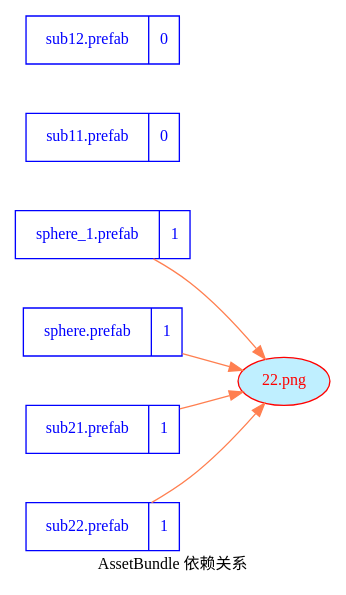
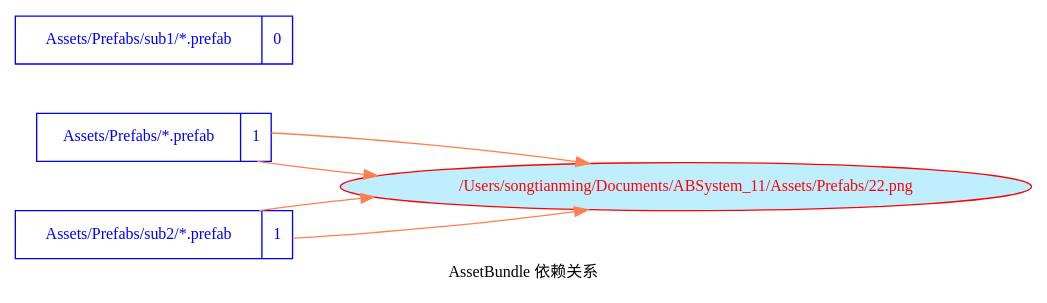
The diagram in Assets/StreamingAssets/AssetBundles/00dep.dot (songtm/ABSystem), drawn with Graphviz before and after one commit. The commit also changed 6 other files, not shown here.

```diff
--- a/Assets/StreamingAssets/AssetBundles/00dep.dot
+++ b/Assets/StreamingAssets/AssetBundles/00dep.dot
@@ -1,27 +1,27 @@
 digraph dep {
     fontname = "Microsoft YaHei";
     label = "AssetBundle 依赖关系"
     nodesep=0.5
     rankdir = "LR"
     fontsize = 12;
     node [ fontname = "Microsoft YaHei", fontsize = 12, shape = "record" color="skyblue"];
     edge [ fontname = "Microsoft YaHei", fontsize = 12 , color="coral"];
-	"sphere_1.prefab" [color="blue", fontcolor="blue", label="{<f0> sphere_1.prefab |<f1> 1 }"]
-	"sphere.prefab" [color="blue", fontcolor="blue", label="{<f0> sphere.prefab |<f1> 1 }"]
-	"sub11.prefab" [color="blue", fontcolor="blue", label="{<f0> sub11.prefab |<f1> 0 }"]
-	"sub12.prefab" [color="blue", fontcolor="blue", label="{<f0> sub12.prefab |<f1> 0 }"]
-	"sub21.prefab" [color="blue", fontcolor="blue", label="{<f0> sub21.prefab |<f1> 1 }"]
-	"sub22.prefab" [color="blue", fontcolor="blue", label="{<f0> sub22.prefab |<f1> 1 }"]
-	"22.png" [color="red", fontcolor="red", shape="ellipse", fillcolor="lightblue1", style="filled"]
-	"sphere_1.prefab"->"22.png"
+	"Assets/Prefabs/*.prefab" [color="blue", fontcolor="blue", label="{<f0> Assets/Prefabs/*.prefab |<f1> 1 }"]
+	"Assets/Prefabs/*.prefab" [color="blue", fontcolor="blue", label="{<f0> Assets/Prefabs/*.prefab |<f1> 1 }"]
+	"Assets/Prefabs/sub1/*.prefab" [color="blue", fontcolor="blue", label="{<f0> Assets/Prefabs/sub1/*.prefab |<f1> 0 }"]
+	"Assets/Prefabs/sub1/*.prefab" [color="blue", fontcolor="blue", label="{<f0> Assets/Prefabs/sub1/*.prefab |<f1> 0 }"]
+	"Assets/Prefabs/sub2/*.prefab" [color="blue", fontcolor="blue", label="{<f0> Assets/Prefabs/sub2/*.prefab |<f1> 1 }"]
+	"Assets/Prefabs/sub2/*.prefab" [color="blue", fontcolor="blue", label="{<f0> Assets/Prefabs/sub2/*.prefab |<f1> 1 }"]
+	"/Users/songtianming/Documents/ABSystem_11/Assets/Prefabs/22.png" [color="red", fontcolor="red", shape="ellipse", fillcolor="lightblue1", style="filled"]
+	"Assets/Prefabs/*.prefab"->"/Users/songtianming/Documents/ABSystem_11/Assets/Prefabs/22.png"
 
-	"sphere.prefab"->"22.png"
+	"Assets/Prefabs/*.prefab"->"/Users/songtianming/Documents/ABSystem_11/Assets/Prefabs/22.png"
 
 
 
-	"sub21.prefab"->"22.png"
+	"Assets/Prefabs/sub2/*.prefab"->"/Users/songtianming/Documents/ABSystem_11/Assets/Prefabs/22.png"
 
-	"sub22.prefab"->"22.png"
+	"Assets/Prefabs/sub2/*.prefab"->"/Users/songtianming/Documents/ABSystem_11/Assets/Prefabs/22.png"
 
 
 }
```
